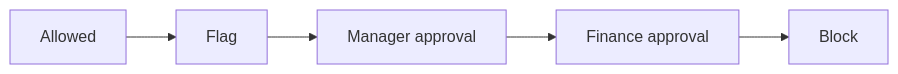
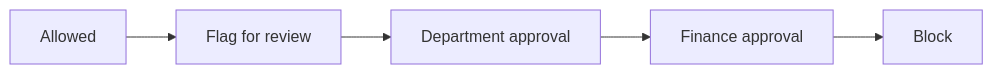
The second of 2 diagrams in README.md (pranavb1924/Dry-Run), drawn with Mermaid before and after one commit. The commit also changed other lines of this file and 2 other files, not shown here.

````diff
--- a/README.md
+++ b/README.md
@@ -72,4 +96,4 @@
 ```mermaid
 flowchart LR
-  A["Allowed"] --> F["Flag"] --> M["Manager approval"] --> FA["Finance approval"] --> B["Block"]
+  A["Allowed"] --> F["Flag for review"] --> M["Department approval"] --> FA["Finance approval"] --> B["Block"]
 ```
````
